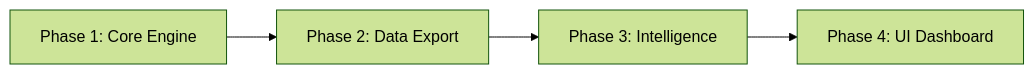
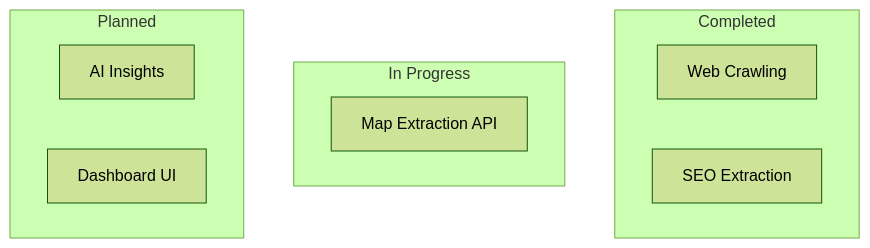
One commit to jeevabca/new_imp changed the diagram in README.md. Above: the diagram before and after it, drawn with Mermaid (forest theme). The commit also changed other lines of this file, not shown here.

````diff
--- a/README.md
+++ b/README.md
@@ -3,6 +3,16 @@
 ```mermaid
-flowchart LR
-    A[Phase 1: Core Engine] --> B[Phase 2: Data Export]
-    B --> C[Phase 3: Intelligence]
-    C --> D[Phase 4: UI Dashboard]
+flowchart TB
+    subgraph Completed
+        A[Web Crawling]
+        B[SEO Extraction]
+    end
+
+    subgraph In Progress
+        C[Map Extraction API]
+    end
+
+    subgraph Planned
+        D[AI Insights]
+        E[Dashboard UI]
+    end
 ```
````
